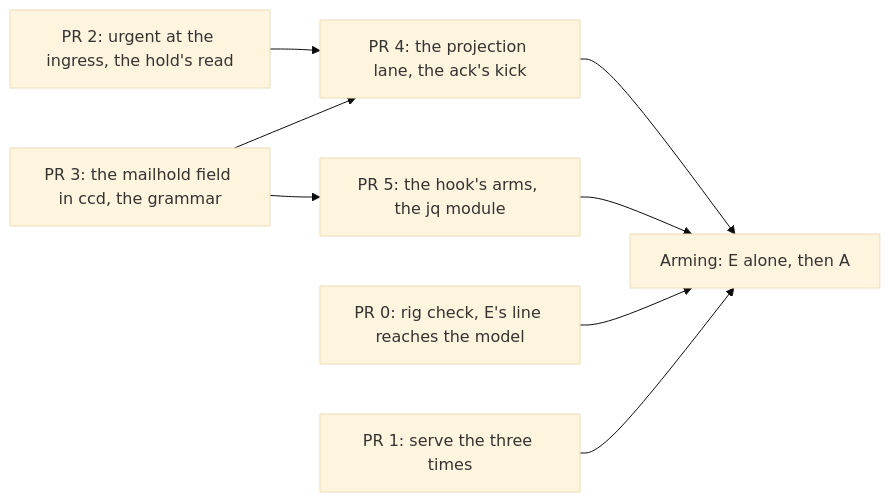
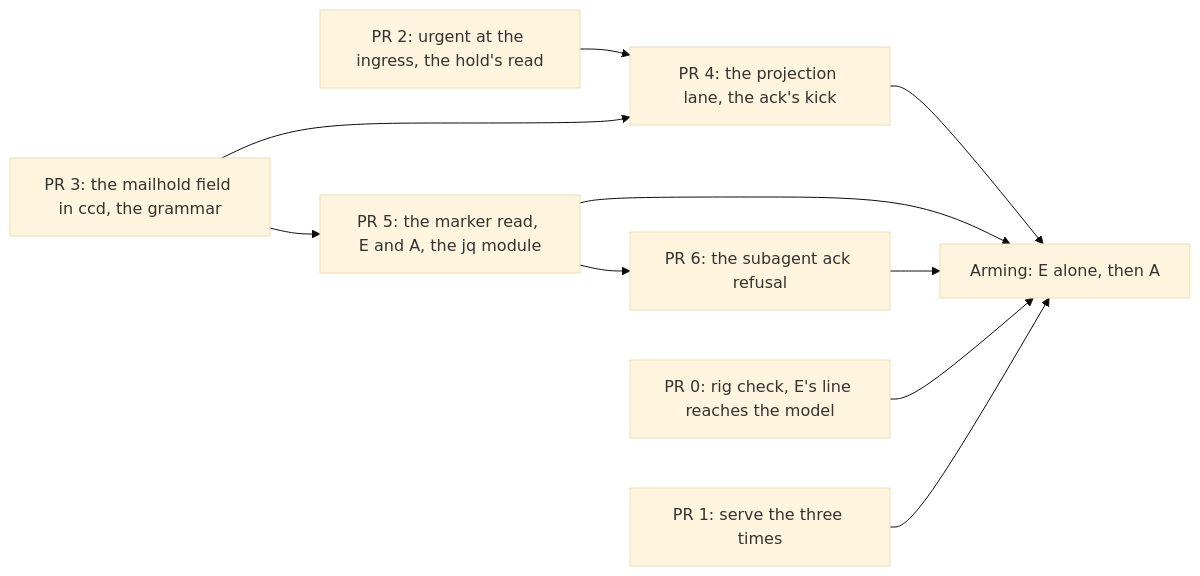
Before and after one commit to Synapsium-Labs/ccrc-pwa: the first of 2 diagrams in docs/superpowers/plans/2026-11-19-mid-turn-mail.md, drawn with Mermaid (base theme). The commit also changed other lines of this file and 1 other file, not shown here.

````diff
--- a/docs/superpowers/plans/2026-11-19-mid-turn-mail.md
+++ b/docs/superpowers/plans/2026-11-19-mid-turn-mail.md
@@ -196,17 +205,20 @@
 ```mermaid
 flowchart LR
   P1["PR 1: serve the three times"]
   P0["PR 0: rig check, E's line reaches the model"]
   P2["PR 2: urgent at the ingress, the hold's read"]
   P3["PR 3: the mailhold field in ccd, the grammar"]
   P4["PR 4: the projection lane, the ack's kick"]
-  P5["PR 5: the hook's arms, the jq module"]
+  P5["PR 5: the marker read, E and A, the jq module"]
+  P6["PR 6: the subagent ack refusal"]
   ARM["Arming: E alone, then A"]
   P2 --> P4
   P3 --> P4
   P3 --> P5
+  P5 --> P6
   P4 --> ARM
   P5 --> ARM
+  P6 --> ARM
   P0 --> ARM
   P1 --> ARM
 ```
````
